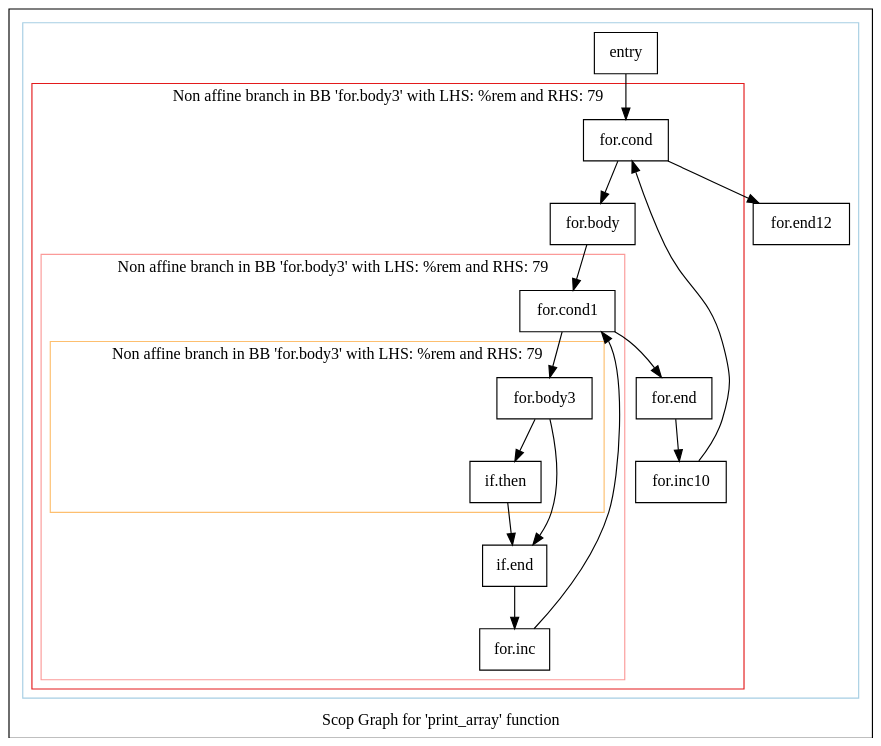
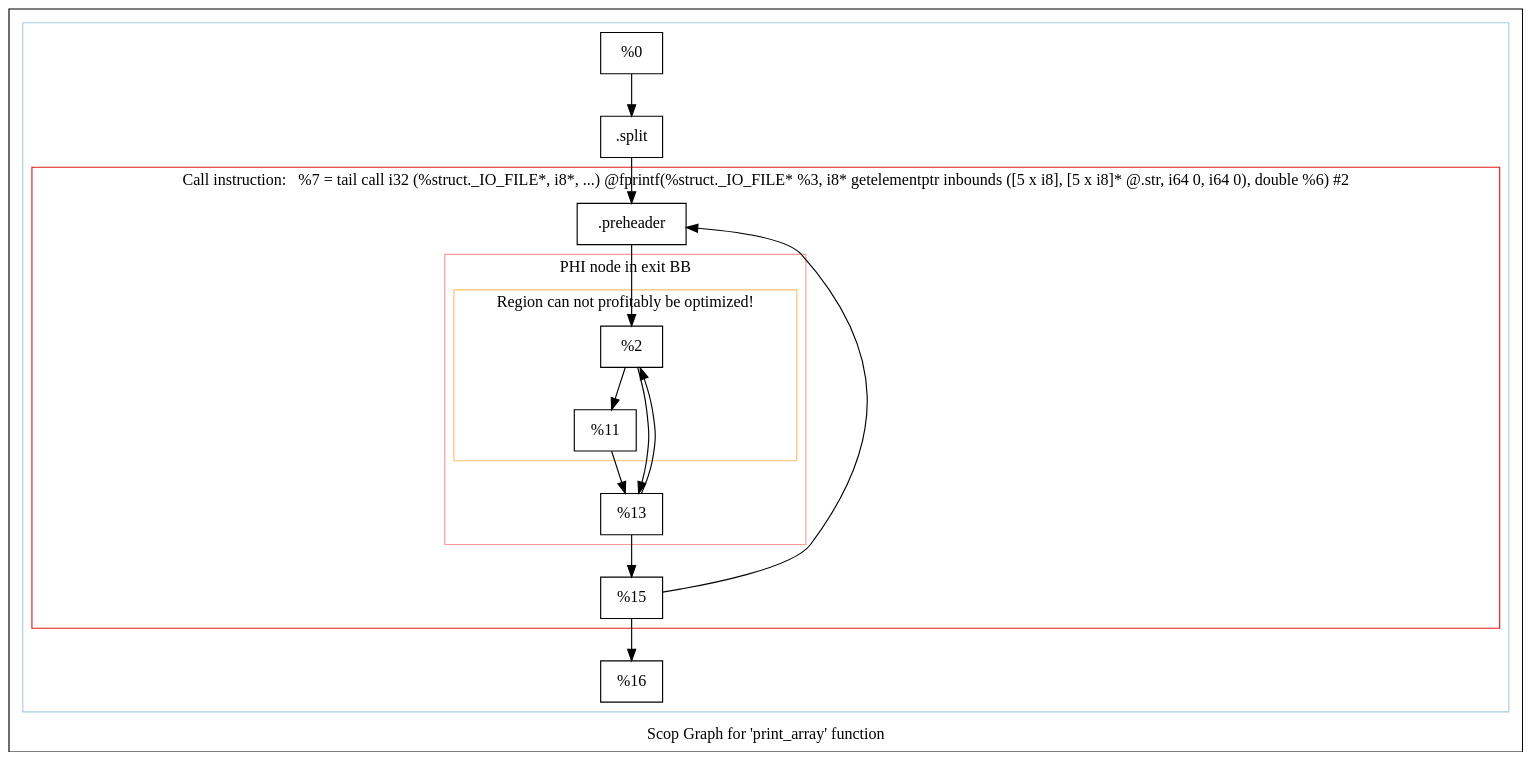
Before and after one commit to rogerioag/openmp-hook: the diagram in matmul-polly/scopsonly.print_array.dot, drawn with Graphviz. The commit also changed 29 other files, not shown here.

```diff
--- a/matmul-polly/scopsonly.print_array.dot
+++ b/matmul-polly/scopsonly.print_array.dot
@@ -1,60 +1,51 @@
 digraph "Scop Graph for 'print_array' function" {
 	label="Scop Graph for 'print_array' function";
 
-	Node0x17d2200 [shape=record,label="{entry}"];
-	Node0x17d2200 -> Node0x17d4f20;
-	Node0x17d4f20 [shape=record,label="{for.cond}"];
-	Node0x17d4f20 -> Node0x17d9fd0;
-	Node0x17d4f20 -> Node0x17da030;
-	Node0x17d9fd0 [shape=record,label="{for.body}"];
-	Node0x17d9fd0 -> Node0x17da120;
-	Node0x17da120 [shape=record,label="{for.cond1}"];
-	Node0x17da120 -> Node0x17da180;
-	Node0x17da120 -> Node0x17da1e0;
-	Node0x17da180 [shape=record,label="{for.body3}"];
-	Node0x17da180 -> Node0x17da090;
-	Node0x17da180 -> Node0x17da0f0;
-	Node0x17da090 [shape=record,label="{if.then}"];
-	Node0x17da090 -> Node0x17da0f0;
-	Node0x17da0f0 [shape=record,label="{if.end}"];
-	Node0x17da0f0 -> Node0x17da390;
-	Node0x17da390 [shape=record,label="{for.inc}"];
-	Node0x17da390 -> Node0x17da120[constraint=false];
-	Node0x17da1e0 [shape=record,label="{for.end}"];
-	Node0x17da1e0 -> Node0x17d9e40;
-	Node0x17d9e40 [shape=record,label="{for.inc10}"];
-	Node0x17d9e40 -> Node0x17d4f20[constraint=false];
-	Node0x17da030 [shape=record,label="{for.end12}"];
+	Node0x23e14c0 [shape=record,label="{%0}"];
+	Node0x23e14c0 -> Node0x23e1440;
+	Node0x23e1440 [shape=record,label="{.split}"];
+	Node0x23e1440 -> Node0x23e0fd0;
+	Node0x23e0fd0 [shape=record,label="{.preheader}"];
+	Node0x23e0fd0 -> Node0x23e1310;
+	Node0x23e1310 [shape=record,label="{%2}"];
+	Node0x23e1310 -> Node0x23e12a0;
+	Node0x23e1310 -> Node0x23e10f0;
+	Node0x23e12a0 [shape=record,label="{%11}"];
+	Node0x23e12a0 -> Node0x23e10f0;
+	Node0x23e10f0 [shape=record,label="{%13}"];
+	Node0x23e10f0 -> Node0x23e1310[constraint=false];
+	Node0x23e10f0 -> Node0x23e10a0;
+	Node0x23e10a0 [shape=record,label="{%15}"];
+	Node0x23e10a0 -> Node0x23e0fd0[constraint=false];
+	Node0x23e10a0 -> Node0x23e1760;
+	Node0x23e1760 [shape=record,label="{%16}"];
 	colorscheme = "paired12"
-        subgraph cluster_0x17d38f0 {
+        subgraph cluster_0x23d5e70 {
           label = "";
           style = solid;
           color = 1
-          subgraph cluster_0x17d4030 {
-            label = "Non affine branch in BB 'for.body3' with LHS: %rem and RHS: 79";
+          subgraph cluster_0x23e14e0 {
+            label = "Call instruction:   %7 = tail call i32 (%struct._IO_FILE*, i8*, ...) @fprintf(%struct._IO_FILE* %3, i8* getelementptr inbounds ([5 x i8], [5 x i8]* @.str, i64 0, i64 0), double %6) #2";
             style = solid;
             color = 6
-            subgraph cluster_0x17d3fb0 {
-              label = "Non affine branch in BB 'for.body3' with LHS: %rem and RHS: 79";
+            subgraph cluster_0x23d2b10 {
+              label = "PHI node in exit BB";
               style = solid;
               color = 5
-              subgraph cluster_0x17d3f30 {
-                label = "Non affine branch in BB 'for.body3' with LHS: %rem and RHS: 79";
+              subgraph cluster_0x23d5ef0 {
+                label = "Region can not profitably be optimized!";
                 style = solid;
                 color = 7
-                Node0x17da180;
-                Node0x17da090;
+                Node0x23e1310;
+                Node0x23e12a0;
               }
-              Node0x17da120;
-              Node0x17da0f0;
-              Node0x17da390;
+              Node0x23e10f0;
             }
-            Node0x17d4f20;
-            Node0x17d9fd0;
-            Node0x17da1e0;
-            Node0x17d9e40;
+            Node0x23e0fd0;
+            Node0x23e10a0;
           }
-          Node0x17d2200;
-          Node0x17da030;
+          Node0x23e14c0;
+          Node0x23e1440;
+          Node0x23e1760;
         }
 }
```
